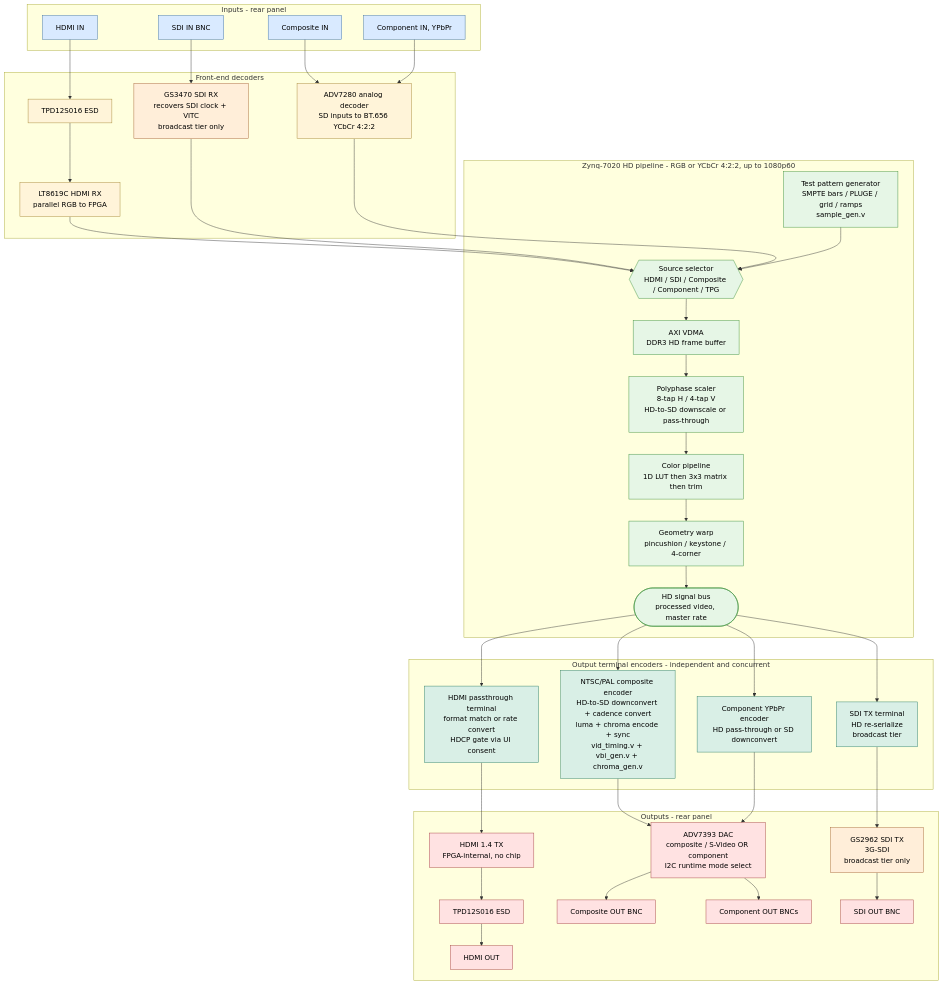
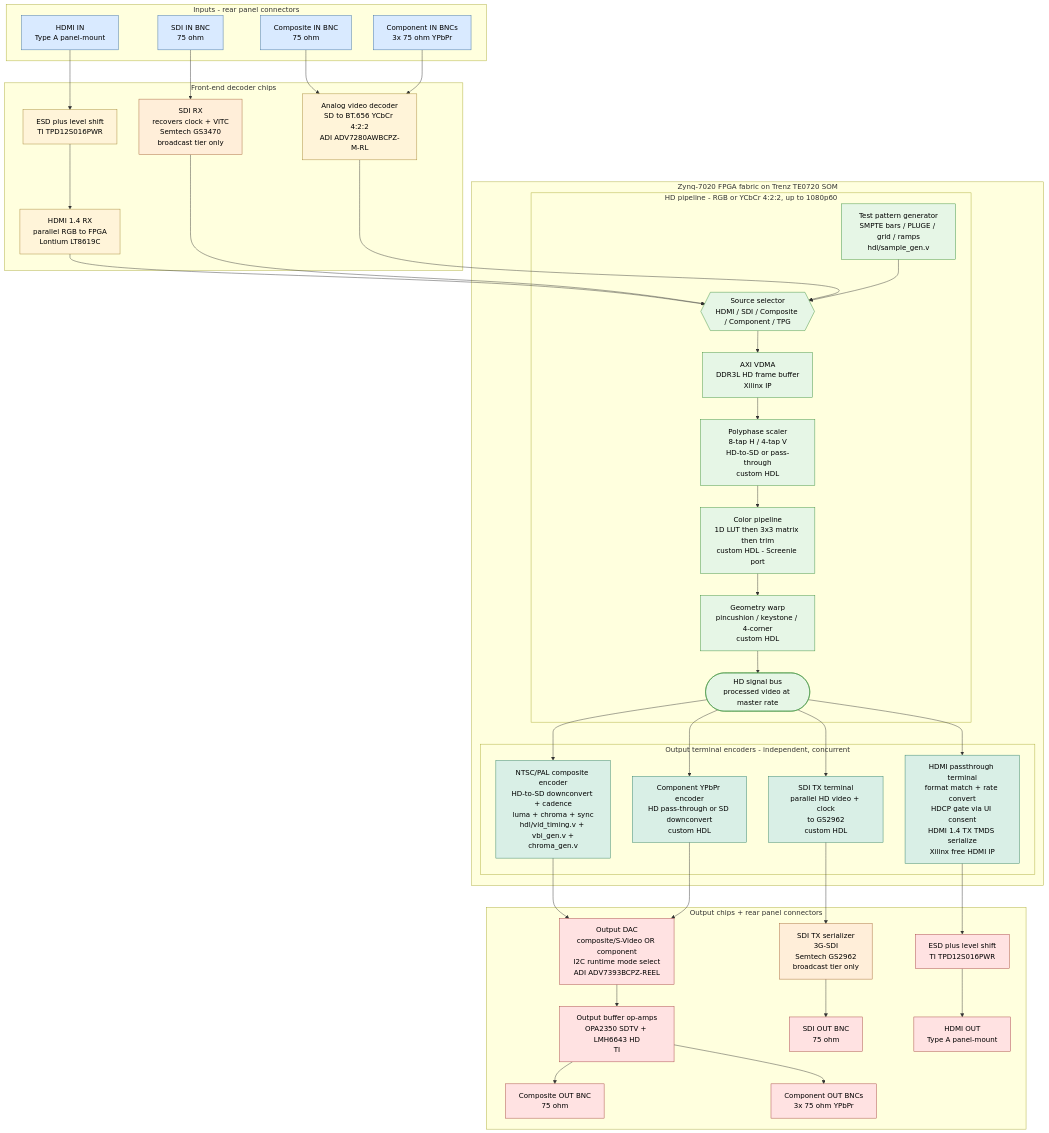
One commit to ibkickinit/schindler-clone changed the first of 3 diagrams in docs/signal-flow.md. Above: the diagram before and after it, drawn with Mermaid. The commit also changed other lines of this file and 3 other files, not shown here.

First line of the commit message:
Spec sweep + diagram fixes + PSU primary swap + back-porch wisdom

````diff
--- a/docs/signal-flow.md
+++ b/docs/signal-flow.md
@@ -19,71 +19,74 @@
 ```mermaid
 flowchart TB
     classDef in fill:#d9eaff,stroke:#3a6ea5,color:#000
     classDef decode fill:#fff4d9,stroke:#a58634,color:#000
     classDef sdi fill:#ffeed9,stroke:#a56234,color:#000
     classDef pipe fill:#e6f6e6,stroke:#3a8e3a,color:#000
     classDef term fill:#d9efe6,stroke:#2d7e64,color:#000
     classDef out fill:#ffe2e2,stroke:#a54040,color:#000
 
-    subgraph IN[Inputs - rear panel]
-        HDMI_IN[HDMI IN]:::in
-        SDI_IN[SDI IN BNC]:::in
-        CVBS_IN[Composite IN]:::in
-        YPBPR_IN[Component IN, YPbPr]:::in
+    subgraph IN[Inputs - rear panel connectors]
+        HDMI_IN[HDMI IN<br/>Type A panel-mount]:::in
+        SDI_IN[SDI IN BNC<br/>75 ohm]:::in
+        CVBS_IN[Composite IN BNC<br/>75 ohm]:::in
+        YPBPR_IN[Component IN BNCs<br/>3x 75 ohm YPbPr]:::in
     end
 
-    subgraph DECODE[Front-end decoders]
-        TPD_IN[TPD12S016 ESD]:::decode
-        LT8619C[LT8619C HDMI RX<br/>parallel RGB to FPGA]:::decode
-        GS3470[GS3470 SDI RX<br/>recovers SDI clock + VITC<br/>broadcast tier only]:::sdi
-        ADV7280[ADV7280 analog decoder<br/>SD inputs to BT.656 YCbCr 4:2:2]:::decode
+    subgraph DECODE[Front-end decoder chips]
+        TPD_IN[ESD plus level shift<br/>TI TPD12S016PWR]:::decode
+        LT8619C[HDMI 1.4 RX<br/>parallel RGB to FPGA<br/>Lontium LT8619C]:::decode
+        GS3470[SDI RX<br/>recovers clock + VITC<br/>Semtech GS3470<br/>broadcast tier only]:::sdi
+        ADV7280[Analog video decoder<br/>SD to BT.656 YCbCr 4:2:2<br/>ADI ADV7280AWBCPZ-M-RL]:::decode
     end
 
-    subgraph PIPE[Zynq-7020 HD pipeline - RGB or YCbCr 4:2:2, up to 1080p60]
-        SOURCE_MUX{{Source selector<br/>HDMI / SDI / Composite / Component / TPG}}:::pipe
-        VDMA[AXI VDMA<br/>DDR3 HD frame buffer]:::pipe
-        SCALE[Polyphase scaler<br/>8-tap H / 4-tap V<br/>HD-to-SD downscale or pass-through]:::pipe
-        COLOR[Color pipeline<br/>1D LUT then 3x3 matrix then trim]:::pipe
-        GEOM[Geometry warp<br/>pincushion / keystone / 4-corner]:::pipe
-        TPG[Test pattern generator<br/>SMPTE bars / PLUGE / grid / ramps<br/>sample_gen.v]:::pipe
-        HD_BUS([HD signal bus<br/>processed video, master rate]):::pipe
+    subgraph FPGA[Zynq-7020 FPGA fabric on Trenz TE0720 SOM]
+        subgraph PIPE[HD pipeline - RGB or YCbCr 4:2:2, up to 1080p60]
+            SOURCE_MUX{{Source selector<br/>HDMI / SDI / Composite / Component / TPG}}:::pipe
+            VDMA[AXI VDMA<br/>DDR3L HD frame buffer<br/>Xilinx IP]:::pipe
+            SCALE[Polyphase scaler<br/>8-tap H / 4-tap V<br/>HD-to-SD or pass-through<br/>custom HDL]:::pipe
+            COLOR[Color pipeline<br/>1D LUT then 3x3 matrix then trim<br/>custom HDL - Screenie port]:::pipe
+            GEOM[Geometry warp<br/>pincushion / keystone / 4-corner<br/>custom HDL]:::pipe
+            TPG[Test pattern generator<br/>SMPTE bars / PLUGE / grid / ramps<br/>hdl/sample_gen.v]:::pipe
+            HD_BUS([HD signal bus<br/>processed video at master rate]):::pipe
+        end
+
+        subgraph TERM[Output terminal encoders - independent, concurrent]
+            HDMI_TERM[HDMI passthrough terminal<br/>format match + rate convert<br/>HDCP gate via UI consent<br/>HDMI 1.4 TX TMDS serialize<br/>Xilinx free HDMI IP]:::term
+            COMP_TERM[NTSC/PAL composite encoder<br/>HD-to-SD downconvert + cadence<br/>luma + chroma + sync<br/>hdl/vid_timing.v + vbi_gen.v +<br/>chroma_gen.v]:::term
+            YPBPR_TERM[Component YPbPr encoder<br/>HD pass-through or SD downconvert<br/>custom HDL]:::term
+            SDI_TERM[SDI TX terminal<br/>parallel HD video + clock<br/>to GS2962<br/>custom HDL]:::term
+        end
     end
 
-    subgraph TERM[Output terminal encoders - independent and concurrent]
-        HDMI_TERM[HDMI passthrough terminal<br/>format match or rate convert<br/>HDCP gate via UI consent]:::term
-        COMP_TERM[NTSC/PAL composite encoder<br/>HD-to-SD downconvert + cadence convert<br/>luma + chroma encode + sync<br/>vid_timing.v + vbi_gen.v + chroma_gen.v]:::term
-        YPBPR_TERM[Component YPbPr encoder<br/>HD pass-through or SD downconvert]:::term
-        SDI_TERM[SDI TX terminal<br/>HD re-serialize<br/>broadcast tier]:::term
-    end
-
-    subgraph OUT[Outputs - rear panel]
-        ADV7393[ADV7393 DAC<br/>composite / S-Video OR component<br/>I2C runtime mode select]:::out
-        GS2962[GS2962 SDI TX<br/>3G-SDI<br/>broadcast tier only]:::sdi
-        HDMI_TX[HDMI 1.4 TX<br/>FPGA-internal, no chip]:::out
-        TPD_OUT[TPD12S016 ESD]:::out
-        CVBS_OUT[Composite OUT BNC]:::out
-        YPBPR_OUT[Component OUT BNCs]:::out
-        SDI_OUT[SDI OUT BNC]:::out
-        HDMI_OUT[HDMI OUT]:::out
+    subgraph OUT[Output chips + rear panel connectors]
+        ADV7393[Output DAC<br/>composite/S-Video OR component<br/>I2C runtime mode select<br/>ADI ADV7393BCPZ-REEL]:::out
+        OPAMPS[Output buffer op-amps<br/>OPA2350 SDTV + LMH6643 HD<br/>TI]:::out
+        GS2962[SDI TX serializer<br/>3G-SDI<br/>Semtech GS2962<br/>broadcast tier only]:::sdi
+        TPD_OUT[ESD plus level shift<br/>TI TPD12S016PWR]:::out
+        CVBS_OUT[Composite OUT BNC<br/>75 ohm]:::out
+        YPBPR_OUT[Component OUT BNCs<br/>3x 75 ohm YPbPr]:::out
+        SDI_OUT[SDI OUT BNC<br/>75 ohm]:::out
+        HDMI_OUT[HDMI OUT<br/>Type A panel-mount]:::out
     end
 
     HDMI_IN --> TPD_IN --> LT8619C --> SOURCE_MUX
     SDI_IN --> GS3470 --> SOURCE_MUX
     CVBS_IN --> ADV7280
     YPBPR_IN --> ADV7280 --> SOURCE_MUX
     TPG --> SOURCE_MUX
 
     SOURCE_MUX --> VDMA --> SCALE --> COLOR --> GEOM --> HD_BUS
 
     HD_BUS --> HDMI_TERM
     HD_BUS --> COMP_TERM
     HD_BUS --> YPBPR_TERM
     HD_BUS --> SDI_TERM
 
-    HDMI_TERM --> HDMI_TX --> TPD_OUT --> HDMI_OUT
+    HDMI_TERM --> TPD_OUT --> HDMI_OUT
     COMP_TERM --> ADV7393
     YPBPR_TERM --> ADV7393
-    ADV7393 --> CVBS_OUT
-    ADV7393 --> YPBPR_OUT
+    ADV7393 --> OPAMPS
+    OPAMPS --> CVBS_OUT
+    OPAMPS --> YPBPR_OUT
     SDI_TERM --> GS2962 --> SDI_OUT
 ```
````
